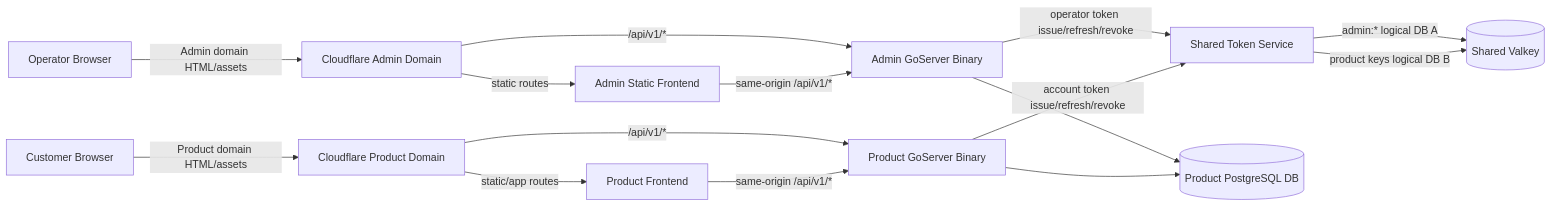
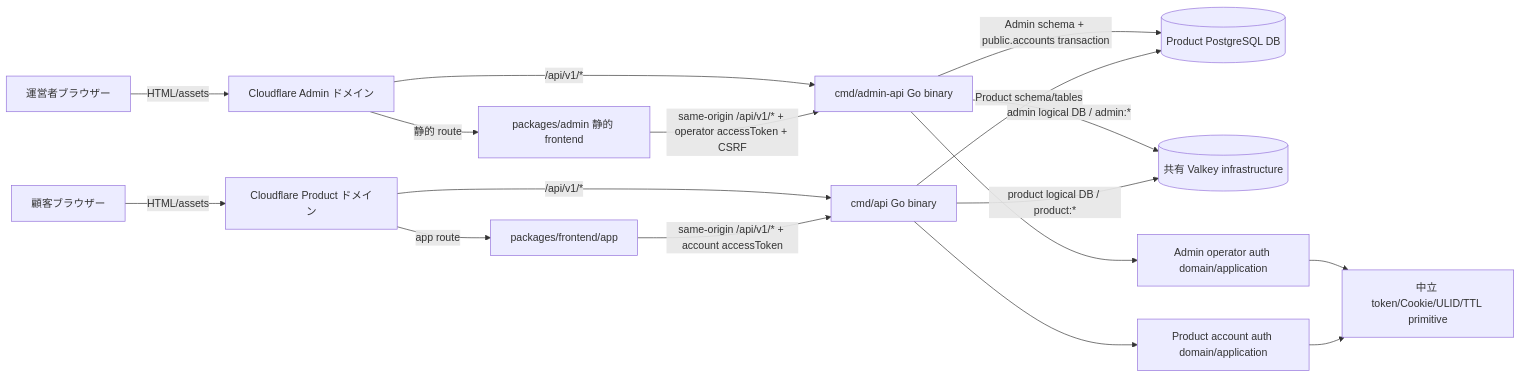
Before and after one commit to witwire-net/www-template: the first of 9 diagrams in openspec/changes/admin-backend-architecture-account-creation/design.md, drawn with Mermaid. The commit also changed other lines of this file and 8 other files, not shown here.

````diff
--- a/openspec/changes/admin-backend-architecture-account-creation/design.md
+++ b/openspec/changes/admin-backend-architecture-account-creation/design.md
@@ -153,17 +263,19 @@
 ```mermaid
 flowchart LR
-  Operator[Operator Browser] -->|Admin domain HTML/assets| CFAdmin[Cloudflare Admin Domain]
-  CFAdmin -->|static routes| AdminFrontend[Admin Static Frontend]
-  CFAdmin -->|/api/v1/*| AdminAPI[Admin GoServer Binary]
-  Customer[Customer Browser] -->|Product domain HTML/assets| CFProduct[Cloudflare Product Domain]
-  CFProduct -->|static/app routes| ProductFrontend[Product Frontend]
-  CFProduct -->|/api/v1/*| ProductAPI[Product GoServer Binary]
-  AdminFrontend -->|same-origin /api/v1/*| AdminAPI
-  ProductFrontend -->|same-origin /api/v1/*| ProductAPI
-  AdminAPI -->|operator token issue/refresh/revoke| TokenService[Shared Token Service]
-  ProductAPI -->|account token issue/refresh/revoke| TokenService
-  AdminAPI --> ProductDB[(Product PostgreSQL DB)]
-  ProductAPI --> ProductDB
-  TokenService -->|admin:* logical DB A| Valkey[(Shared Valkey)]
-  TokenService -->|product keys logical DB B| Valkey
+  Operator[運営者ブラウザー] -->|HTML/assets| AdminEdge[Cloudflare Admin ドメイン]
+  AdminEdge -->|静的 route| AdminFrontend[packages/admin 静的 frontend]
+  AdminEdge -->|/api/v1/*| AdminAPI[cmd/admin-api Go binary]
+  Customer[顧客ブラウザー] -->|HTML/assets| ProductEdge[Cloudflare Product ドメイン]
+  ProductEdge -->|app route| ProductFrontend[packages/frontend/app]
+  ProductEdge -->|/api/v1/*| ProductAPI[cmd/api Go binary]
+  AdminFrontend -->|same-origin /api/v1/* + operator accessToken + CSRF| AdminAPI
+  ProductFrontend -->|same-origin /api/v1/* + account accessToken| ProductAPI
+  AdminAPI -->|Admin schema + public.accounts transaction| DB[(Product PostgreSQL DB)]
+  ProductAPI -->|Product schema/tables| DB
+  AdminAPI -->|admin logical DB / admin:*| Valkey[(共有 Valkey infrastructure)]
+  ProductAPI -->|product logical DB / product:*| Valkey
+  AdminAPI --> AdminOperatorAuth[Admin operator auth domain/application]
+  ProductAPI --> ProductAccountAuth[Product account auth domain/application]
+  AdminOperatorAuth --> NeutralPrimitive[中立 token/Cookie/ULID/TTL primitive]
+  ProductAccountAuth --> NeutralPrimitive
 ```
````
